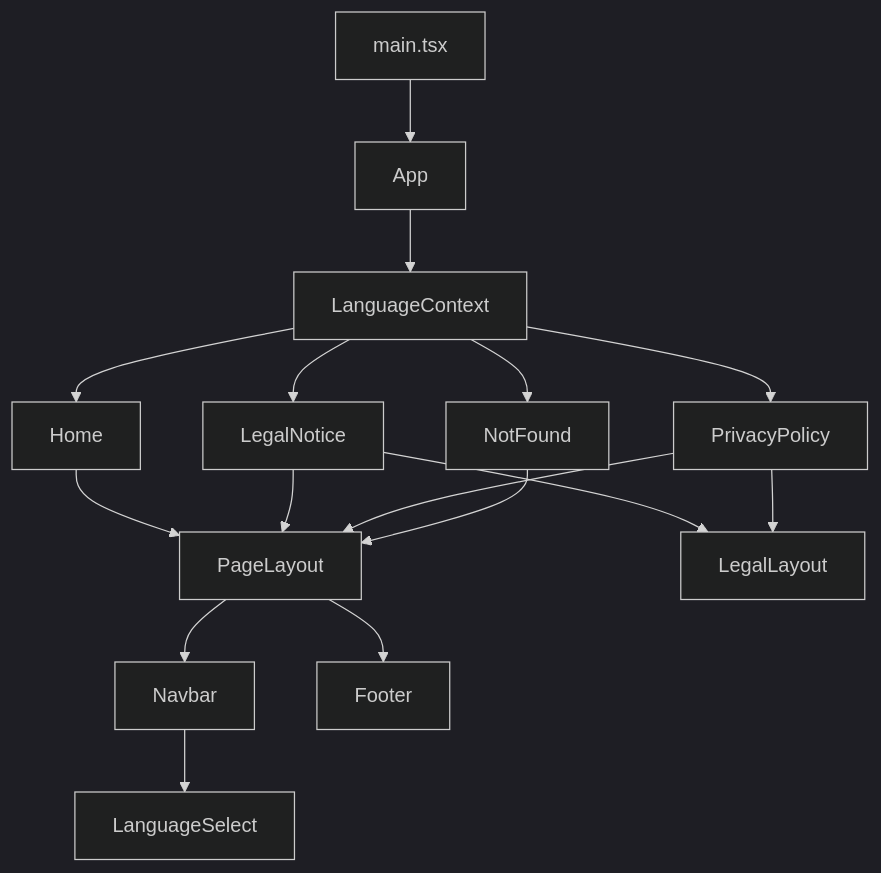
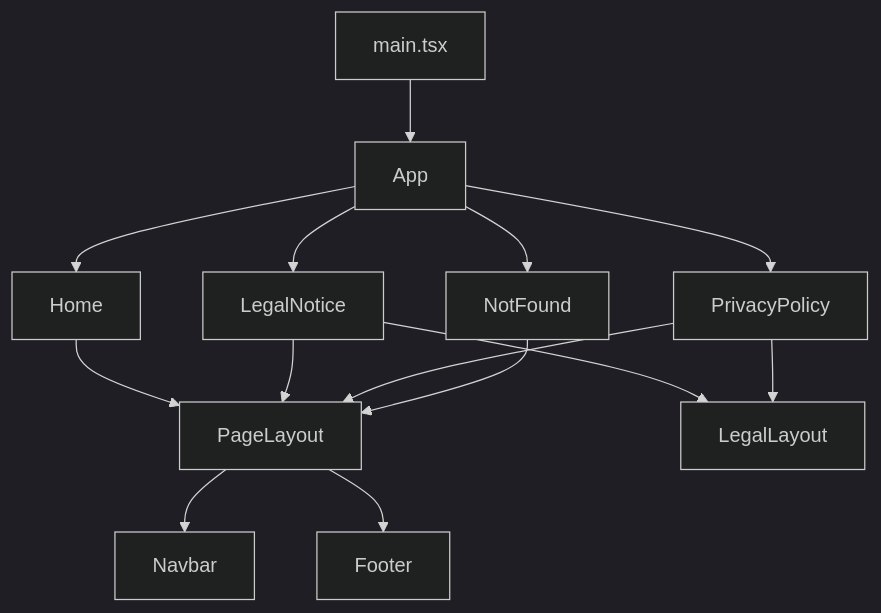
One commit to sp4rc-ch/SPRAC-Handbook changed the second of 2 diagrams in docs/ARCHITECTURE.md. Above: the diagram before and after it, drawn with Mermaid (dark theme). The commit also changed other lines of this file and 32 other files, not shown here.

````diff
--- a/docs/ARCHITECTURE.md
+++ b/docs/ARCHITECTURE.md
@@ -18,10 +18,9 @@
 ```mermaid
 flowchart TD
     main[main.tsx] --> App
-    App --> Ctx[LanguageContext]
-    Ctx --> Home & LegalNotice & PrivacyPolicy & NotFound
+    App --> Home & LegalNotice & PrivacyPolicy & NotFound
     Home & LegalNotice & PrivacyPolicy & NotFound --> PageLayout
-    PageLayout --> Navbar --> LanguageSelect
+    PageLayout --> Navbar
     PageLayout --> Footer
     LegalNotice & PrivacyPolicy --> LegalLayout
 ```
````
